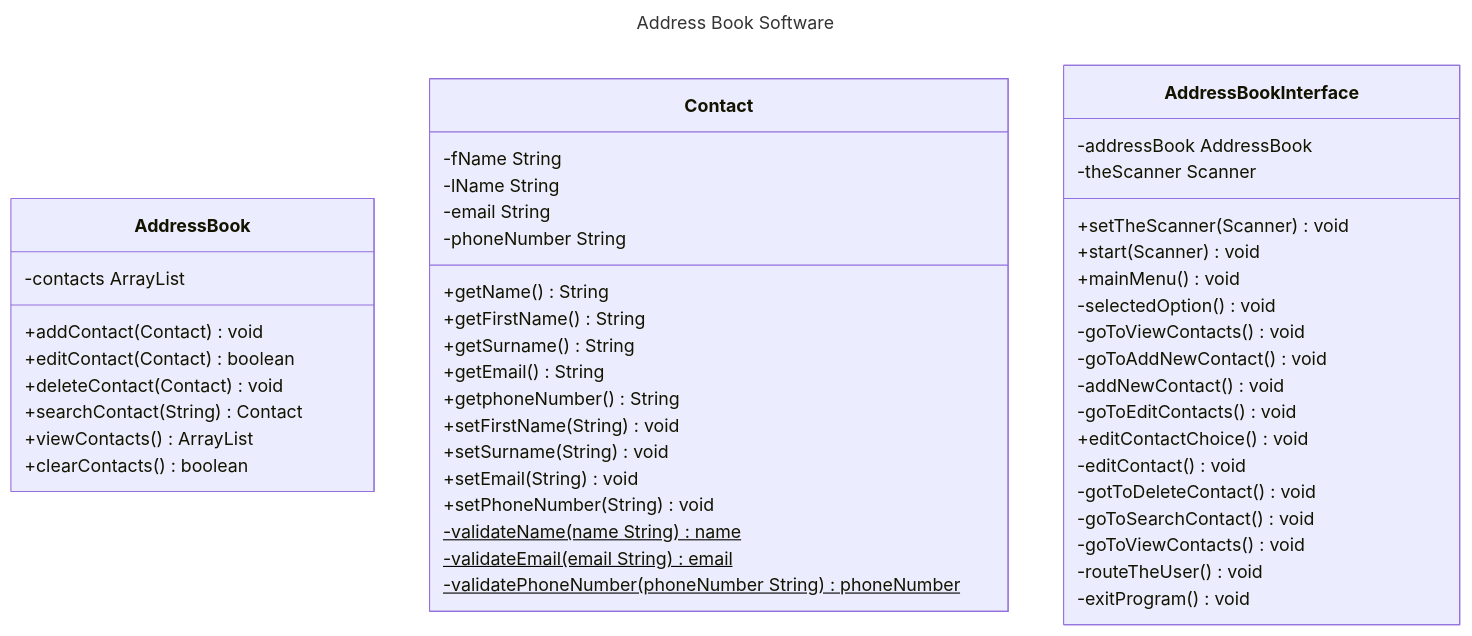
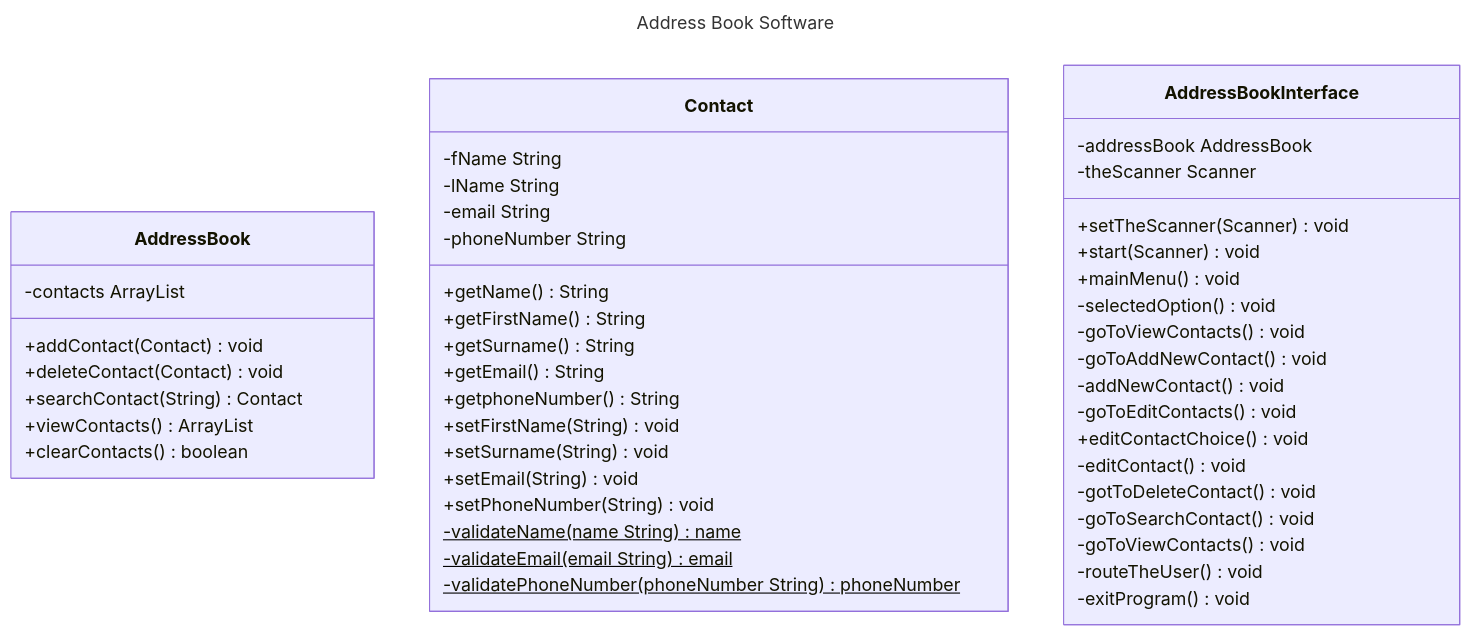
Before and after one commit to myaleung/address-book-application: the diagram in docs/domain-models-test-plan.md, drawn with Mermaid. The commit also changed 4 other files, not shown here.

Commit message:
docs: add Address Book Interface to class diagram

````diff
--- a/docs/domain-models-test-plan.md
+++ b/docs/domain-models-test-plan.md
@@ -5,53 +5,52 @@
 ```mermaid
 ---
 title: Address Book Software
 ---
 classDiagram
     class AddressBook {
         -contacts ArrayList<Contact>
         +addContact(Contact) void
-        +editContact(Contact) boolean
         +deleteContact(Contact) void
         +searchContact(String) Contact
         +viewContacts() ArrayList
         +clearContacts() boolean
     }
     class Contact {
         -fName String
         -lName String
         -email  String
         -phoneNumber String
         +getName() String
         +getFirstName() String
         +getSurname() String
         +getEmail() String
         +getphoneNumber() String
         +setFirstName(String) void
         +setSurname(String) void
         +setEmail(String) void
         +setPhoneNumber(String) void
         -validateName(name String)$ name
         -validateEmail(email String)$ email
         -validatePhoneNumber(phoneNumber String)$ phoneNumber
     }
         
     class AddressBookInterface {
         -addressBook AddressBook 
         -theScanner Scanner
         +setTheScanner(Scanner) void
         +start(Scanner) void
         +mainMenu() void
         -selectedOption() void
         -goToViewContacts() void
         -goToAddNewContact() void
         -addNewContact() void
         -goToEditContacts() void
         +editContactChoice() void
         -editContact() void
         -gotToDeleteContact() void
         -goToSearchContact() void
         -goToViewContacts() void
         -routeTheUser() void
         -exitProgram() void
     }
 ```
````
